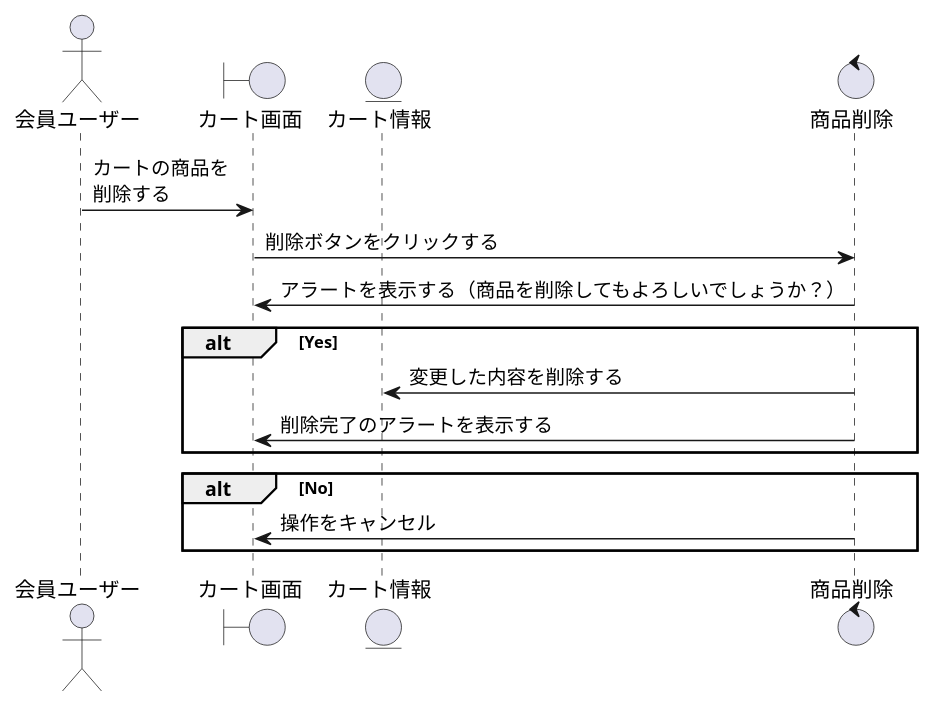
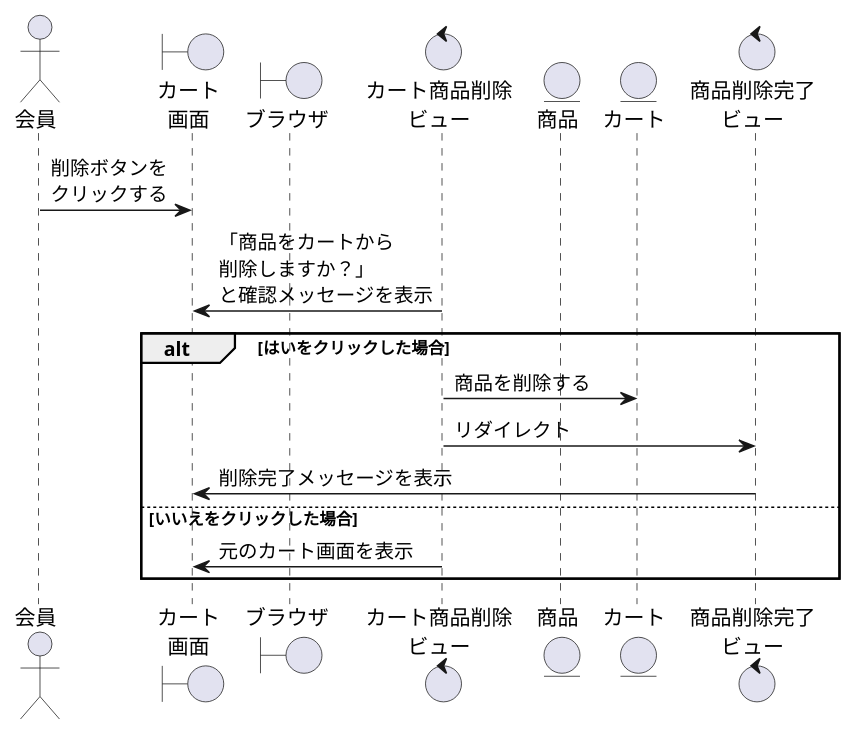
The diagram in BBショップ/カート商品削除.wsd (ysyk-wtnb16/team_D), drawn with PlantUML before and after one commit.

Commit message:
商品削除途中修正

```diff
--- a/BBショップ/カート商品削除.wsd
+++ b/BBショップ/カート商品削除.wsd
@@ -1,21 +1,21 @@
-@startuml shop
+@startuml cartdelete
 
-actor 会員ユーザー as act
-boundary カート画面 as kart
-entity カート情報 as kartInfo
-control 商品削除 as delete
+actor "会員" as act
+boundary "カート\n画面" as cartv
+boundary "ブラウザ" as brz
+control "カート商品削除\nビュー" as delete
+entity "商品" as product
+entity "カート" as cart
+control "商品削除完了\nビュー" as shkc
 
-act -> kart:カートの商品を\n削除する
-kart -> delete: 削除ボタンをクリックする
-delete -> kart: アラートを表示する（商品を削除してもよろしいでしょうか？）
-
-alt Yes
-    delete -> kartInfo: 変更した内容を削除する
-    delete -> kart: 削除完了のアラートを表示する
-end
-
-alt No
-    delete -> kart: 操作をキャンセル
+act -> cartv:削除ボタンを\nクリックする
+cartv <- delete:「商品をカートから\n削除しますか？」\nと確認メッセージを表示 
+alt はいをクリックした場合
+    delete -> cart:商品を削除する
+    delete -> shkc:リダイレクト
+    cartv <- shkc:削除完了メッセージを表示
+else いいえをクリックした場合
+    cartv <- delete:元のカート画面を表示
 end
 
 @enduml
```
